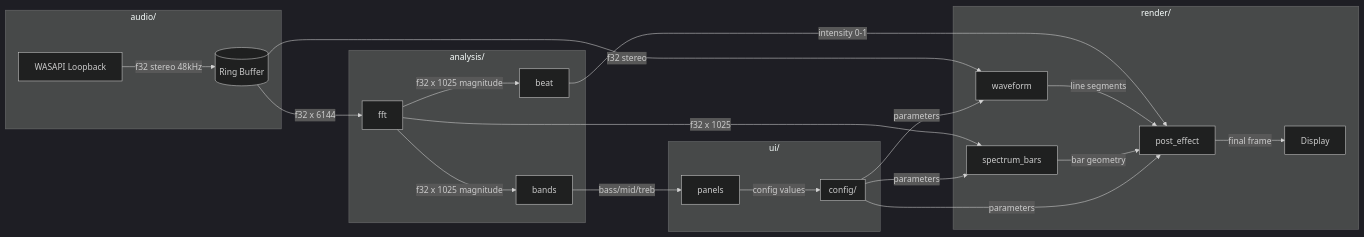
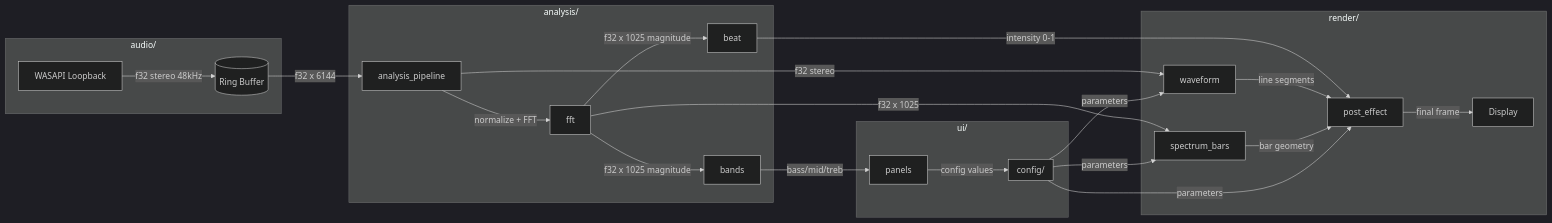
The diagram in docs/architecture.md (EvanLavender13/audio-jones), drawn with Mermaid (dark theme) before and after one commit. The commit also changed other lines of this file and 2 other files, not shown here.

First line of the commit message:
Update architecture docs for AnalysisPipeline extraction

````diff
--- a/docs/architecture.md
+++ b/docs/architecture.md
@@ -11,32 +11,33 @@
 ```mermaid
 flowchart LR
     subgraph Audio[audio/]
         WASAPI[WASAPI Loopback] -->|f32 stereo 48kHz| RB[(Ring Buffer)]
     end
 
     subgraph Analysis[analysis/]
-        RB -->|f32 x 6144| FFT[fft]
+        RB -->|f32 x 6144| AP[analysis_pipeline]
+        AP -->|normalize + FFT| FFT[fft]
         FFT -->|f32 x 1025 magnitude| Beat[beat]
         FFT -->|f32 x 1025 magnitude| Bands[bands]
     end
 
     subgraph Render[render/]
-        RB -->|f32 stereo| WF[waveform]
+        AP -->|f32 stereo| WF[waveform]
         Beat -->|intensity 0-1| PE[post_effect]
         FFT -->|f32 x 1025| SB[spectrum_bars]
         WF -->|line segments| PE
         SB -->|bar geometry| PE
         PE -->|final frame| Screen[Display]
     end
 
     subgraph UI[ui/]
         Panels[panels] -->|config values| Config
         Bands -->|bass/mid/treb| Panels
     end
 
     subgraph Config[config/]
         Config -->|parameters| WF
         Config -->|parameters| PE
         Config -->|parameters| SB
     end
 ```
````
